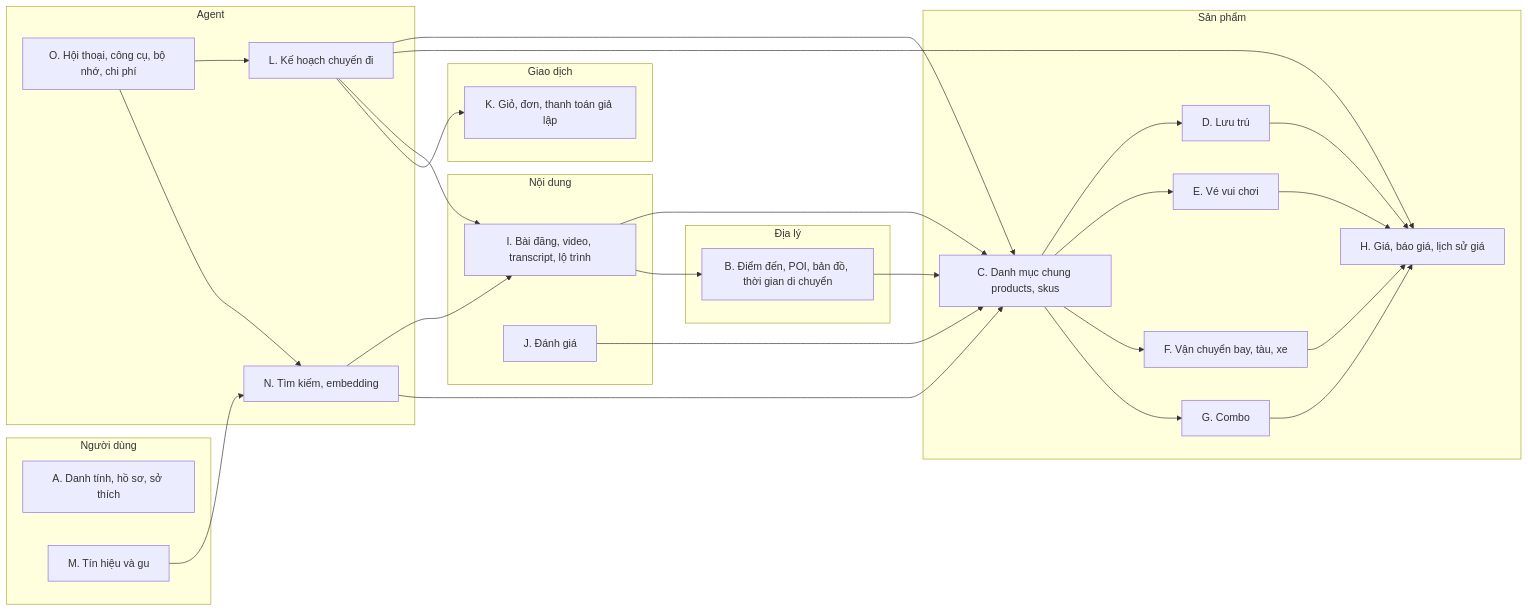
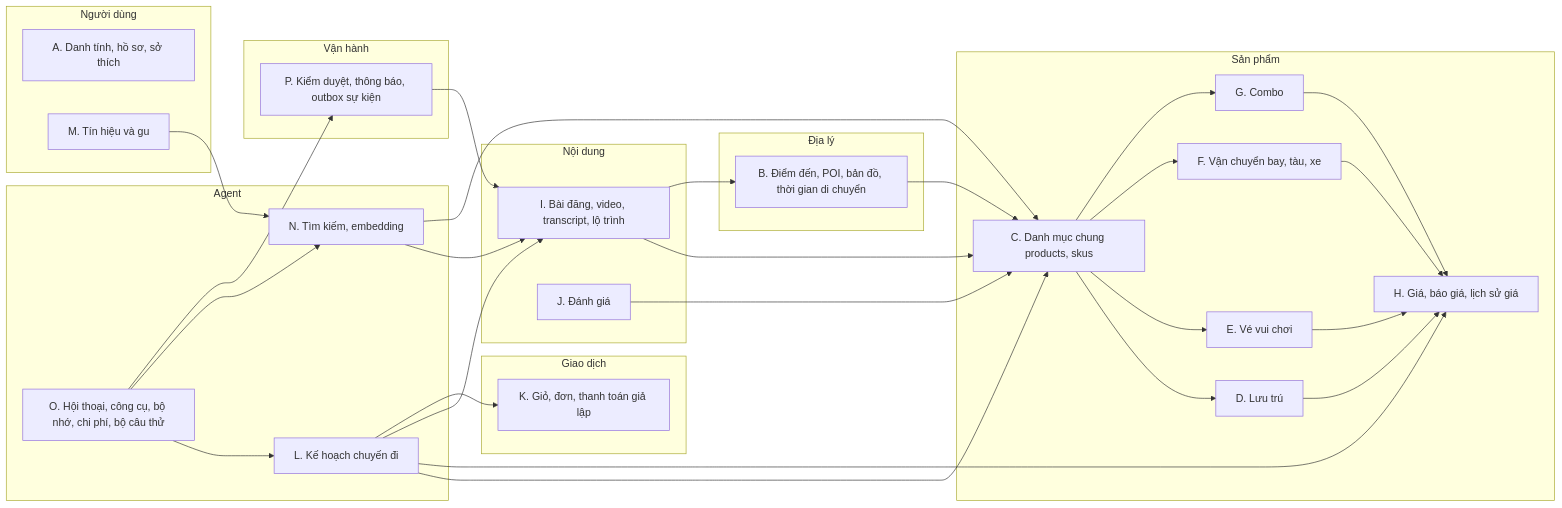
The first of 5 diagrams in reports/Thiết kế database AI Agent Tripflix.md (lengqbaorr/OTA_research), drawn with Mermaid before and after one commit. The commit also changed other lines of this file and 1 other file, not shown here.

````diff
--- a/reports/Thiết kế database AI Agent Tripflix.md
+++ b/reports/Thiết kế database AI Agent Tripflix.md
@@ -64,51 +64,56 @@
 ```mermaid
 flowchart LR
   subgraph NGUOI["Người dùng"]
     A["A. Danh tính, hồ sơ, sở thích"]
     M["M. Tín hiệu và gu"]
   end
   subgraph DIA["Địa lý"]
     B["B. Điểm đến, POI, bản đồ, thời gian di chuyển"]
   end
   subgraph HANG["Sản phẩm"]
     C["C. Danh mục chung products, skus"]
     D["D. Lưu trú"]
     E["E. Vé vui chơi"]
     F["F. Vận chuyển bay, tàu, xe"]
     G["G. Combo"]
     H["H. Giá, báo giá, lịch sử giá"]
   end
   subgraph NOIDUNG["Nội dung"]
     I["I. Bài đăng, video, transcript, lộ trình"]
     J["J. Đánh giá"]
   end
   subgraph GIAODICH["Giao dịch"]
     K["K. Giỏ, đơn, thanh toán giả lập"]
   end
   subgraph AGENT["Agent"]
     L["L. Kế hoạch chuyến đi"]
     N["N. Tìm kiếm, embedding"]
-    O["O. Hội thoại, công cụ, bộ nhớ, chi phí"]
+    O["O. Hội thoại, công cụ, bộ nhớ, chi phí, bộ câu thử"]
+  end
+  subgraph VANHANH["Vận hành"]
+    P["P. Kiểm duyệt, thông báo, outbox sự kiện"]
   end
   B --> C
   C --> D
   C --> E
   C --> F
   C --> G
   D --> H
   E --> H
   F --> H
   G --> H
   I --> C
   I --> B
   J --> C
   L --> C
   L --> H
   L --> I
   L --> K
   N --> I
   N --> C
   O --> L
   O --> N
+  P --> I
+  O --> P
   M --> N
 ```
````
